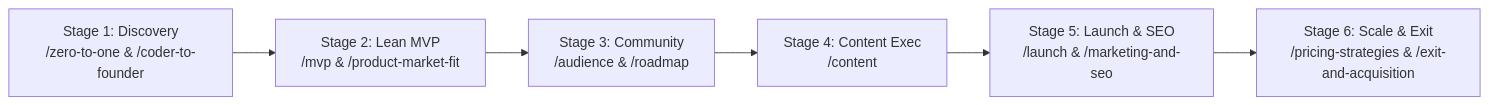
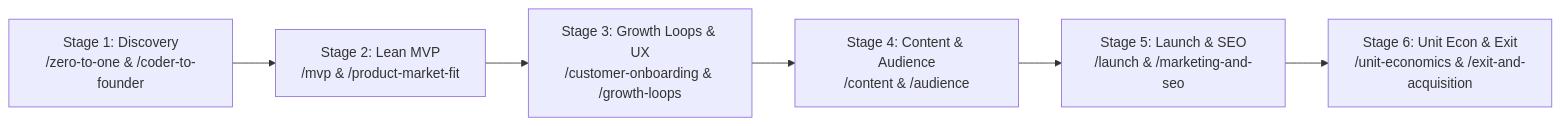
Before and after one commit to TheInPublic/buildinpublic: the second of 2 diagrams in README.md, drawn with Mermaid. The commit also changed other lines of this file and 4 other files, not shown here.

````diff
--- a/README.md
+++ b/README.md
@@ -81,8 +85,8 @@
 ```mermaid
 flowchart LR
     S1[Stage 1: Discovery<br/>/zero-to-one & /coder-to-founder] --> S2[Stage 2: Lean MVP<br/>/mvp & /product-market-fit]
-    S2 --> S3[Stage 3: Community<br/>/audience & /roadmap]
-    S3 --> S4[Stage 4: Content Exec<br/>/content]
+    S2 --> S3[Stage 3: Growth Loops & UX<br/>/customer-onboarding & /growth-loops]
+    S3 --> S4[Stage 4: Content & Audience<br/>/content & /audience]
     S4 --> S5[Stage 5: Launch & SEO<br/>/launch & /marketing-and-seo]
-    S5 --> S6[Stage 6: Scale & Exit<br/>/pricing-strategies & /exit-and-acquisition]
+    S5 --> S6[Stage 6: Unit Econ & Exit<br/>/unit-economics & /exit-and-acquisition]
 ```
````
